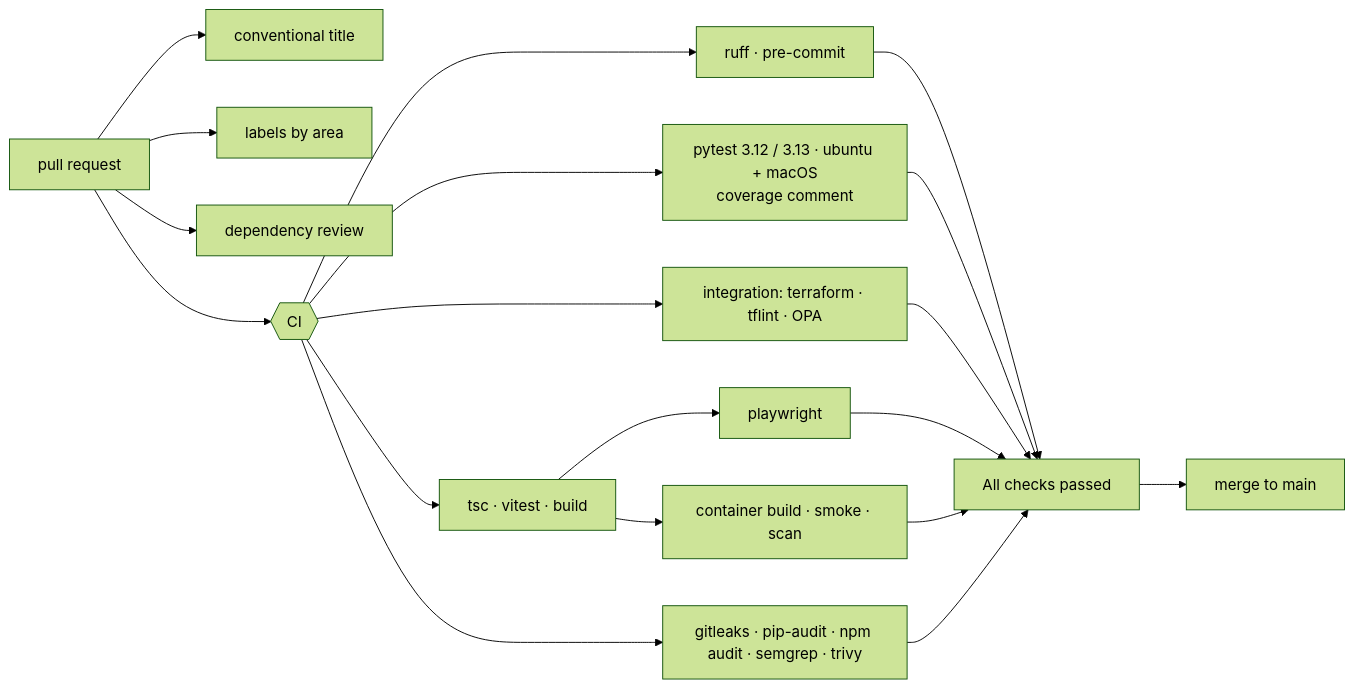
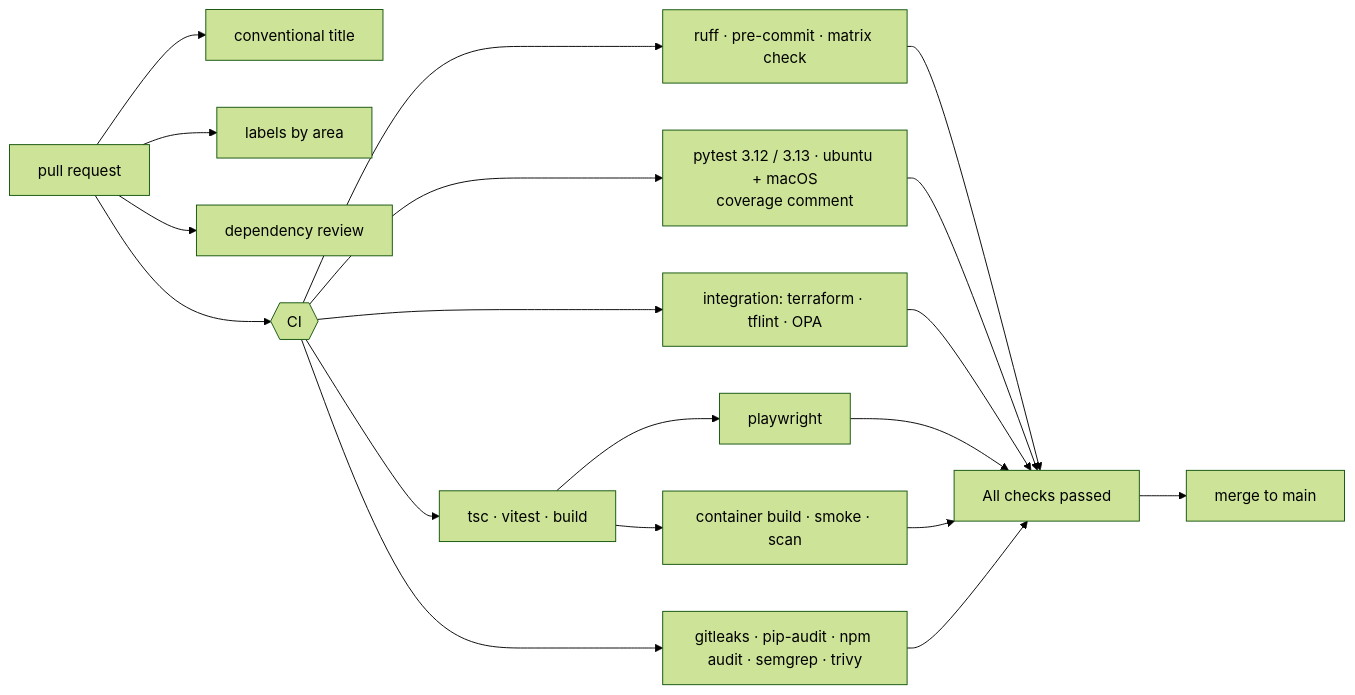
Before and after one commit to blacksoxx/hopshift: the diagram in docs/ci.md, drawn with Mermaid (forest theme). The commit also changed other lines of this file and 1 other file, not shown here.

Commit message:
docs(ci): matrix check and container boot check; hopshift client id in the OIDC test

````diff
--- a/docs/ci.md
+++ b/docs/ci.md
@@ -9,16 +9,16 @@
 ```mermaid
 flowchart LR
     PR[pull request] --> T[conventional title]
     PR --> L[labels by area]
     PR --> D[dependency review]
     PR --> CI{{CI}}
-    CI --> lint[ruff · pre-commit]
+    CI --> lint[ruff · pre-commit · matrix check]
     CI --> py[pytest 3.12 / 3.13 · ubuntu + macOS<br/>coverage comment]
     CI --> int[integration: terraform · tflint · OPA]
     CI --> ui[tsc · vitest · build]
     ui --> e2e[playwright]
     ui --> img[container build · smoke · scan]
     CI --> sec[gitleaks · pip-audit · npm audit · semgrep · trivy]
     lint & py & int & e2e & img & sec --> green[All checks passed]
     green --> M[merge to main]
 ```
````
